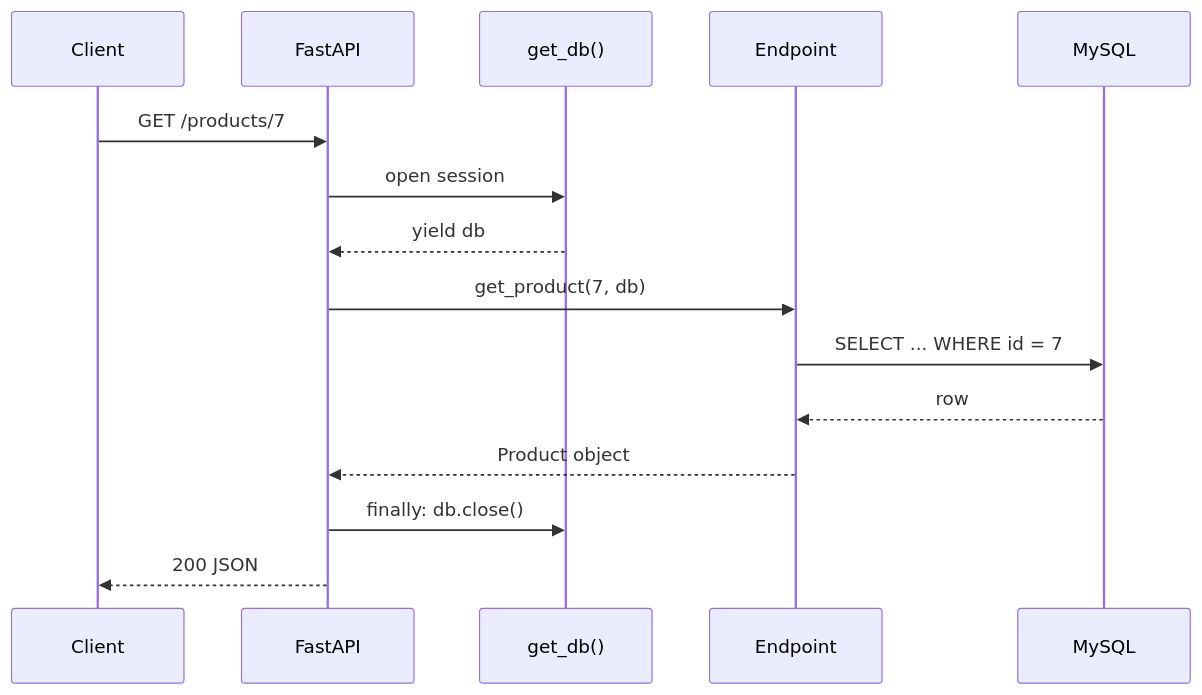
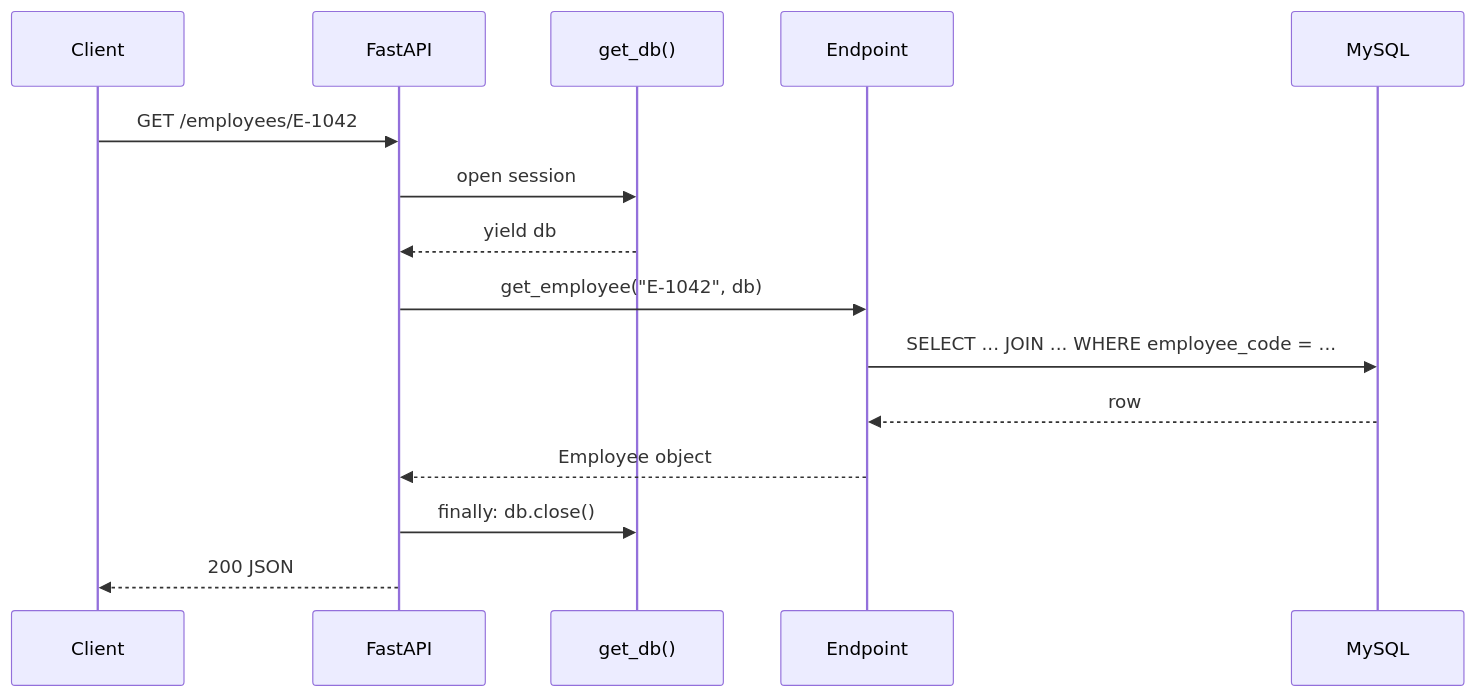
Before and after one commit to kyedumati/KASI-FULLSTACK-MATERIAL: the diagram in docs/python/fastapi/07-sqlalchemy-and-mysql.md, drawn with Mermaid. The commit also changed other lines of this file and 17 other files, not shown here.

````diff
--- a/docs/python/fastapi/07-sqlalchemy-and-mysql.md
+++ b/docs/python/fastapi/07-sqlalchemy-and-mysql.md
@@ -414,17 +545,17 @@
 ```mermaid
 sequenceDiagram
   participant C as Client
   participant F as FastAPI
   participant G as get_db()
   participant E as Endpoint
   participant M as MySQL
-  C->>F: GET /products/7
+  C->>F: GET /employees/E-1042
   F->>G: open session
   G-->>F: yield db
-  F->>E: get_product(7, db)
-  E->>M: SELECT ... WHERE id = 7
+  F->>E: get_employee("E-1042", db)
+  E->>M: SELECT ... JOIN ... WHERE employee_code = ...
   M-->>E: row
-  E-->>F: Product object
+  E-->>F: Employee object
   F->>G: finally: db.close()
   F-->>C: 200 JSON
 ```
````
